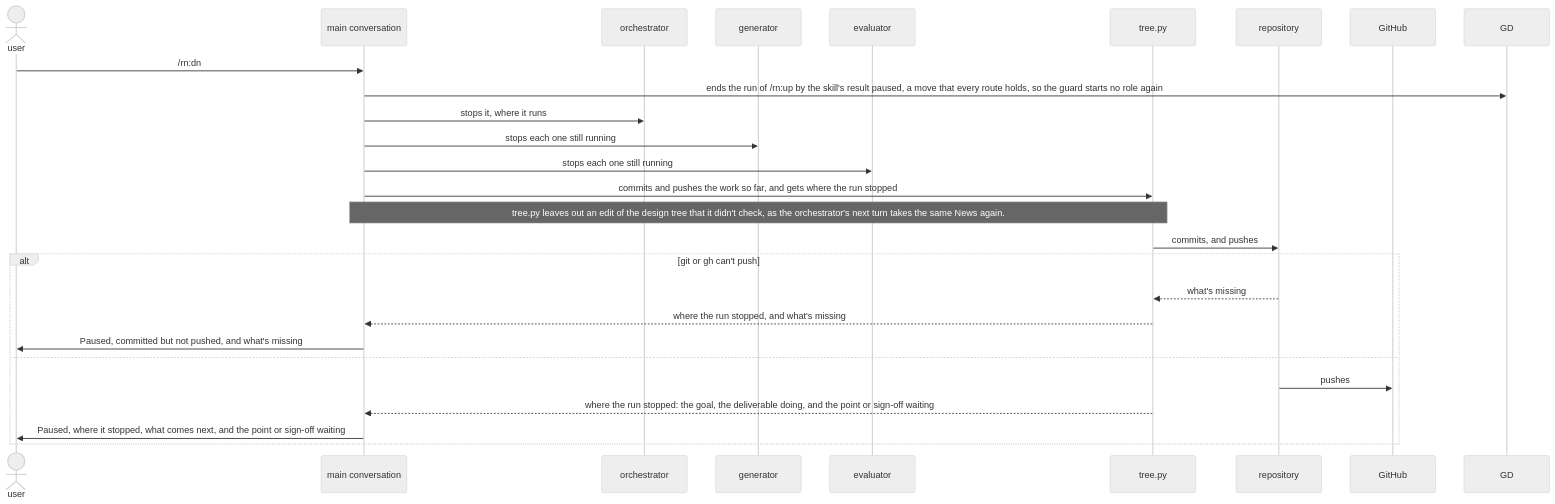
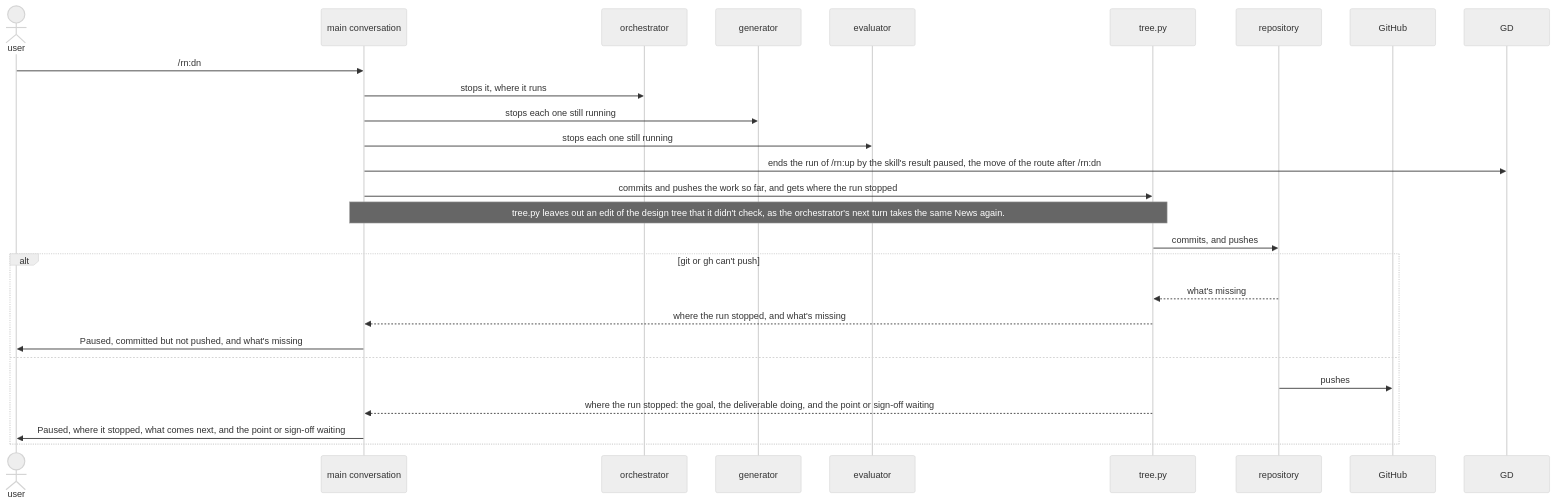
One commit to lovaizu/ccpm changed the fourth of 6 diagrams in dev/rn/architecture.md. Above: the diagram before and after it, drawn with Mermaid (neutral theme). The commit also changed other lines of this file and 1 other file, not shown here.

First line of the commit message:
rn's architecture gives no start outside a run's worktree in place of failing, stops the roles before a pause ends Lane's run, counts News from the Cut of the orchestrator's latest turn that ended, and says that the guard holds an idle turn, as a fourth independent trace found six breaks

````diff
--- a/dev/rn/architecture.md
+++ b/dev/rn/architecture.md
@@ -357,28 +357,28 @@
 ```mermaid
 sequenceDiagram
   actor U as user
   participant M as main conversation
   participant O as orchestrator
   participant G as generator
   participant E as evaluator
   participant T as tree.py
   participant RP as repository
   participant GH as GitHub
   U->>M: /rn:dn
-  M->>GD: ends the run of /rn:up by the skill's result paused, a move that every route holds, so the guard starts no role again
   M->>O: stops it, where it runs
   M->>G: stops each one still running
   M->>E: stops each one still running
+  M->>GD: ends the run of /rn:up by the skill's result paused, the move of the route after /rn:dn
   M->>T: commits and pushes the work so far, and gets where the run stopped
   Note over M,T: tree.py leaves out an edit of the design tree that it didn't check, as the orchestrator's next turn takes the same News again.
   T->>RP: commits, and pushes
   alt git or gh can't push
     RP-->>T: what's missing
     T-->>M: where the run stopped, and what's missing
     M->>U: Paused, committed but not pushed, and what's missing
   else
     RP->>GH: pushes
     T-->>M: where the run stopped: the goal, the deliverable doing, and the point or sign-off waiting
     M->>U: Paused, where it stopped, what comes next, and the point or sign-off waiting
   end
 ```
````
